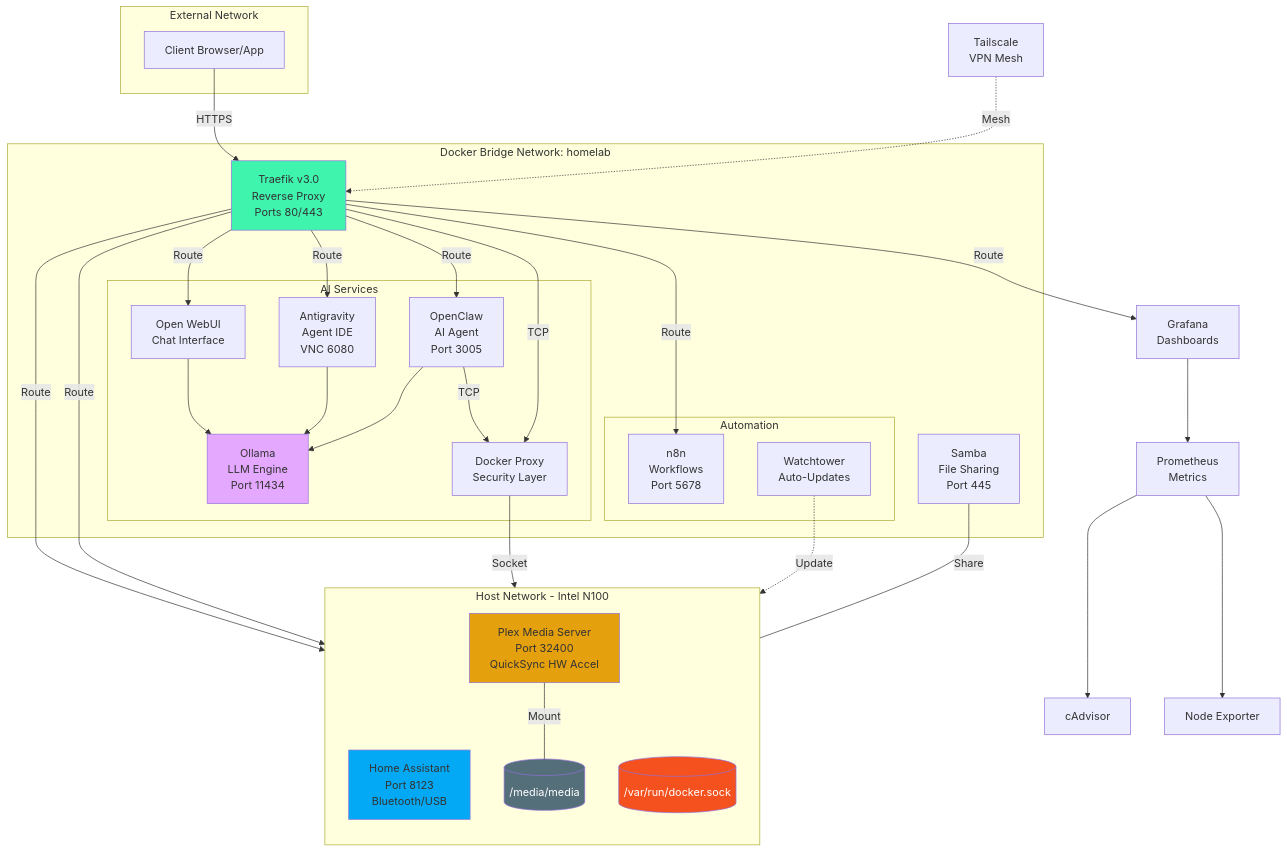
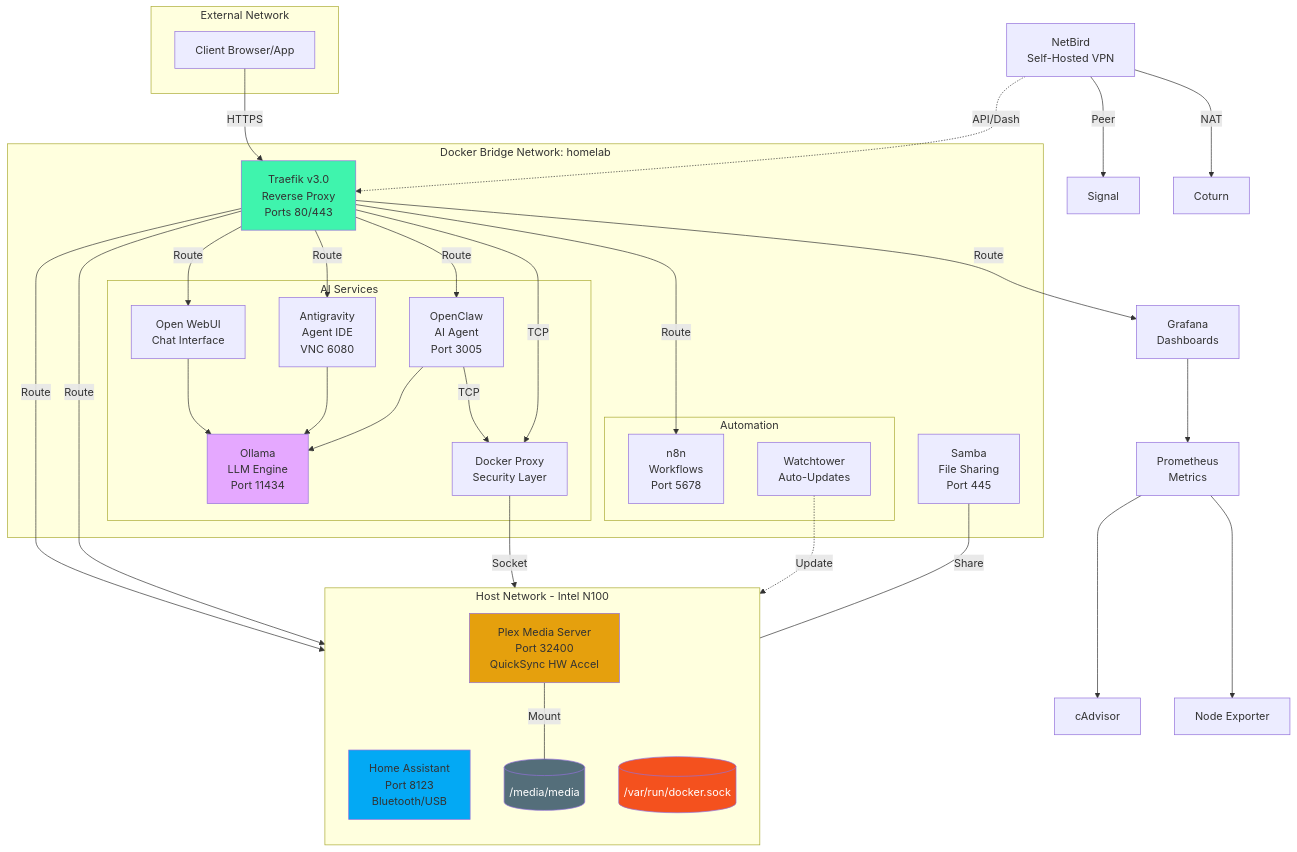
The diagram in README.md (oweibor/homelab), drawn with Mermaid before and after one commit. The commit also changed other lines of this file and 6 other files, not shown here.

Commit message:
feat: migrate from tailscale to self-hosted netbird

````diff
--- a/README.md
+++ b/README.md
@@ -171,72 +172,74 @@
 ```mermaid
 graph TB
     subgraph Internet[External Network]
         User[Client Browser/App]
     end
 
     subgraph HostNet[Host Network - Intel N100]
         direction TB
         HA[Home Assistant<br/>Port 8123<br/>Bluetooth/USB]
         Plex[Plex Media Server<br/>Port 32400<br/>QuickSync HW Accel]
         DockerSock[("/var/run/docker.sock")]
         MediaData[("/media/media")]
     end
 
     subgraph DockerBridge[Docker Bridge Network: homelab]
         Traefik[Traefik v3.0<br/>Reverse Proxy<br/>Ports 80/443]
         
         subgraph AIStack[AI Services]
             Ollama[Ollama<br/>LLM Engine<br/>Port 11434]
             WebUI[Open WebUI<br/>Chat Interface]
             Antigravity[Antigravity<br/>Agent IDE<br/>VNC 6080]
             OpenClaw[OpenClaw<br/>AI Agent<br/>Port 3005]
             Proxy[Docker Proxy<br/>Security Layer]
         end
         
         subgraph AutoStack[Automation]
             n8n[n8n<br/>Workflows<br/>Port 5678]
             Watchtower[Watchtower<br/>Auto-Updates]
         end
         
         Samba[Samba<br/>File Sharing<br/>Port 445]
     end
 
     User -->|HTTPS| Traefik
     Traefik -->|Route| WebUI
     Traefik -->|Route| HA
     Traefik -->|Route| Plex
     Traefik -->|Route| n8n
     Traefik -->|Route| Antigravity
     Traefik -->|Route| OpenClaw
 
     WebUI --> Ollama
     Antigravity --> Ollama
     OpenClaw --> Ollama
     
     %% System Integrations
     OpenClaw -->|TCP| Proxy
     Traefik -->|TCP| Proxy
     Proxy -->|Socket| DockerSock
     
     %% Watchtower (direct socket)
     Watchtower -.->|Update| DockerSock
     
     %% Remote Access
-    Tailscale[Tailscale<br/>VPN Mesh] -.->|Mesh| Traefik
+    NetBird[NetBird<br/>Self-Hosted VPN] -.->|API/Dash| Traefik
+    NetBird -- Peer --> Signal[Signal]
+    NetBird -- NAT --> Coturn[Coturn]
     
     %% Observability
     Prometheus[Prometheus<br/>Metrics] --> cAdvisor[cAdvisor]
     Prometheus --> NodeExp[Node Exporter]
     Grafana[Grafana<br/>Dashboards] --> Prometheus
     Traefik -->|Route| Grafana
     
     Plex ---|Mount| MediaData
     Samba ---|Share| MediaData
 
     style Traefik fill:#3ff4ad
     style Ollama fill:#e5a8ff
     style HA fill:#03A9F4
     style Plex fill:#E5A00D
     style MediaData fill:#546E7A,color:#fff
     style DockerSock fill:#F4511E,color:#fff
 ```
````
